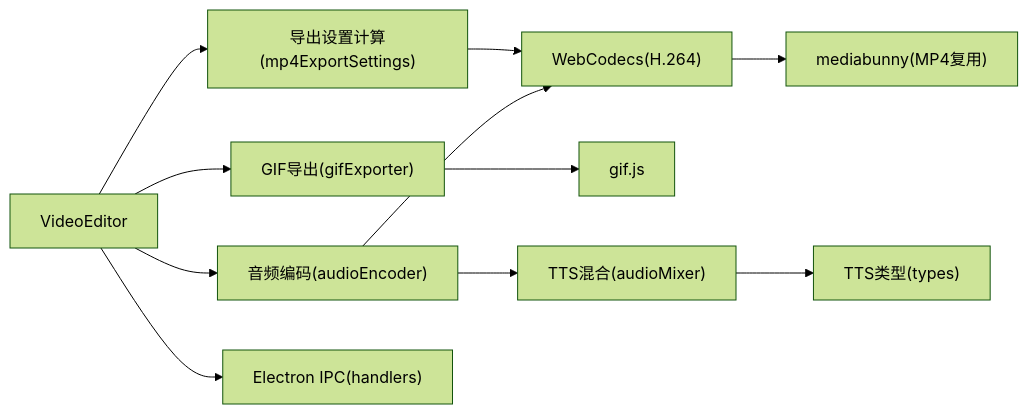
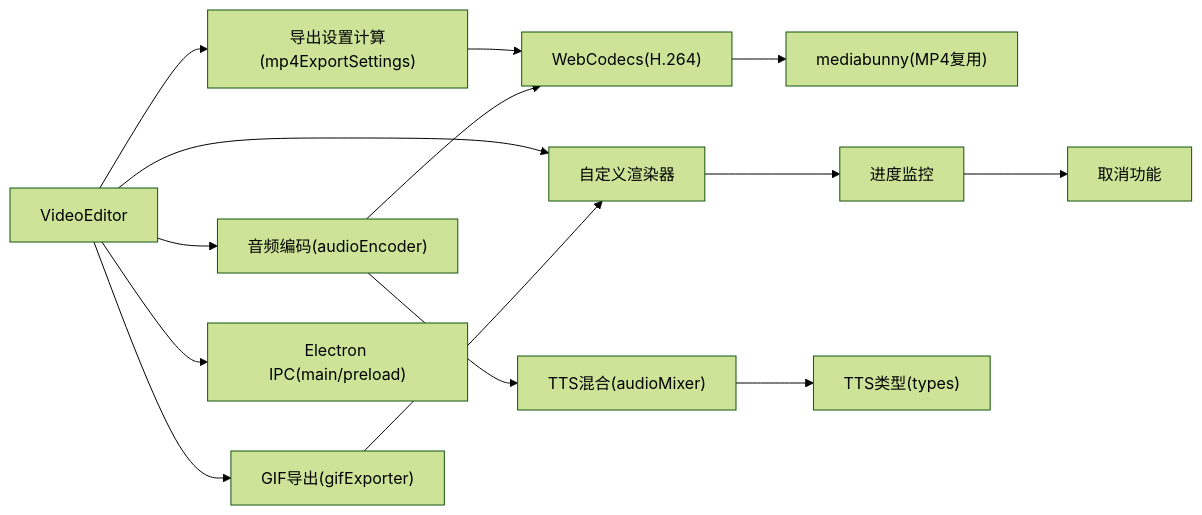
Before and after one commit to zhanggmin/openscreen: the seventh of 7 diagrams in .qoder/repowiki/zh/content/导出系统/导出系统.md, drawn with Mermaid (forest theme). The commit also changed other lines of this file and 87 other files, not shown here.

````diff
--- a/.qoder/repowiki/zh/content/导出系统/导出系统.md
+++ b/.qoder/repowiki/zh/content/导出系统/导出系统.md
@@ -363,13 +464,16 @@
 ```mermaid
 graph LR
 VE["VideoEditor"] --> CFG["导出设置计算(mp4ExportSettings)"]
 VE --> GIF["GIF导出(gifExporter)"]
 VE --> AENC["音频编码(audioEncoder)"]
-VE --> IPC["Electron IPC(handlers)"]
-AENC --> AMIX["TTS混合(audioMixer)"]
-AMIX --> TTST["TTS类型(types)"]
-GIF --> WEB["gif.js"]
+VE --> IPC["Electron IPC(main/preload)"]
+VE --> RENDER["自定义渲染器"]
+GIF --> RENDER
 CFG --> WC["WebCodecs(H.264)"]
 AENC --> WC
 WC --> MB["mediabunny(MP4复用)"]
+RENDER --> PROGRESS["进度监控"]
+PROGRESS --> CANCEL["取消功能"]
+AENC --> AMIX["TTS混合(audioMixer)"]
+AMIX --> TTST["TTS类型(types)"]
 ```
````
